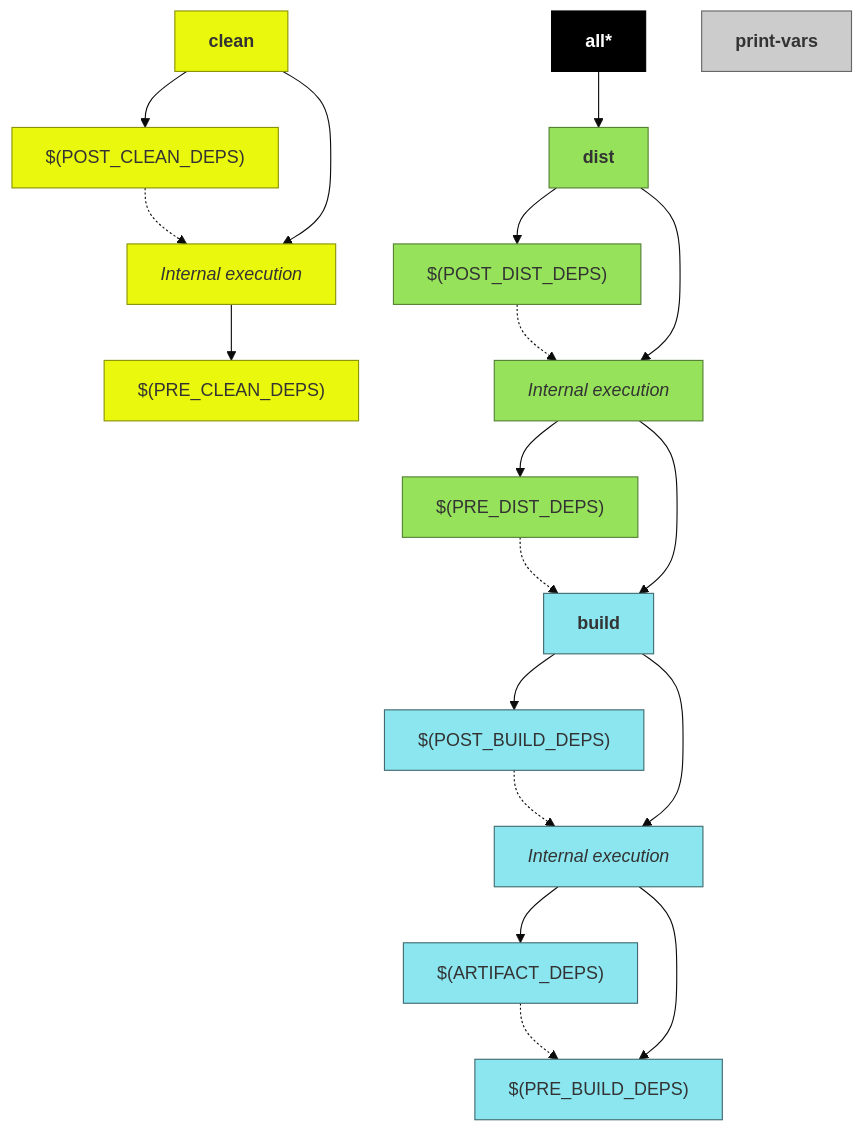
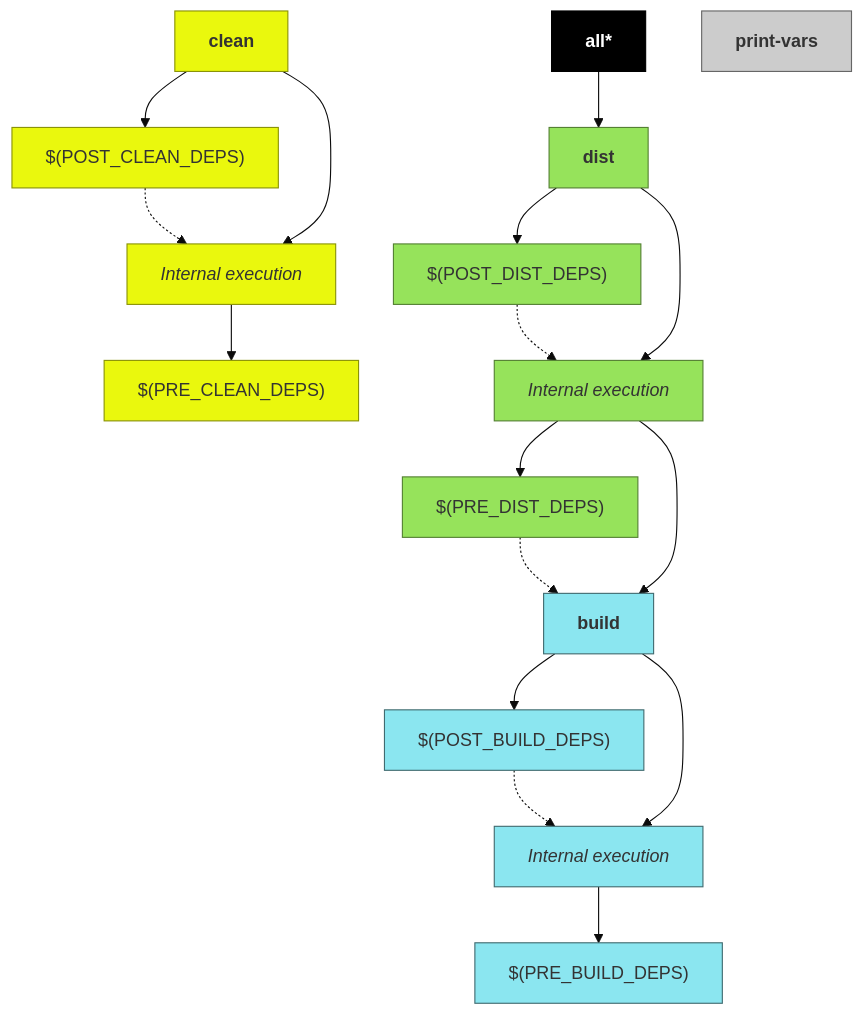
The diagram in builder.mk.md (ljbo82/cpp-project-builder-doc), drawn with Mermaid (base theme) before and after one commit. The commit also changed other lines of this file and 1 other file, not shown here.

Commit message:
Updated documentation in order to reflect build system changes

````diff
--- a/builder.mk.md
+++ b/builder.mk.md
@@ -193,36 +204,34 @@
 ```mermaid
 graph TD;
     classDef cleanClass stroke:#8a9307, fill:#eaf80d;
     clean[<b>clean</b>]:::cleanClass;
     postCleanDeps["$(POST_CLEAN_DEPS)"]:::cleanClass;
     intClean[<i>Internal execution</i>]:::cleanClass;
     preCleanDeps["$(PRE_CLEAN_DEPS)"]:::cleanClass;
     clean-->postCleanDeps-.->intClean-->preCleanDeps;
     clean-->intClean;
 
     classDef buildClass stroke:#416b70, fill:#8be6f0;
     build[<b>build</b>]:::buildClass;
     postBuildDeps["$(POST_BUILD_DEPS)"]:::buildClass;
-    artifactDeps["$(ARTIFACT_DEPS)"]:::buildClass;
     intBuild[<i>Internal execution</i>]:::buildClass;
     preBuildDeps["$(PRE_BUILD_DEPS)"]:::buildClass;
-    build-->postBuildDeps-.->intBuild-->artifactDeps-.->preBuildDeps;
+    build-->postBuildDeps-.->intBuild-->preBuildDeps;
     build-->intBuild;
-    intBuild-->preBuildDeps;
 
     classDef distClass stroke:#548033, fill:#96e35b;
     dist[<b>dist</b>]:::distClass;
     postDistDeps["$(POST_DIST_DEPS)"]:::distClass;
     intDist[<i>Internal execution</i>]:::distClass;
     preDistDeps["$(PRE_DIST_DEPS)"]:::distClass;
     dist-->postDistDeps-.->intDist-->preDistDeps;
     dist-->intDist;
     preDistDeps-.->build;
     intDist-->build;
 
 	classDef allClass stroke:#000000, fill:#000000, color:#ffffff;
     all[<b>all*</b>]:::allClass-->dist
 
 	classDef printVarsClass stroke:#666666, fill:#cccccc;
     printVars[<b>print-vars</b>]:::printVarsClass
 ```
````
